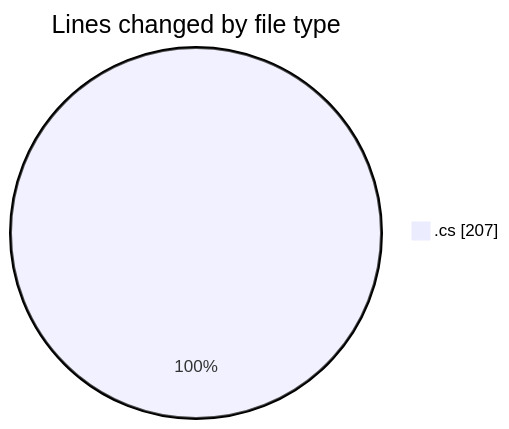
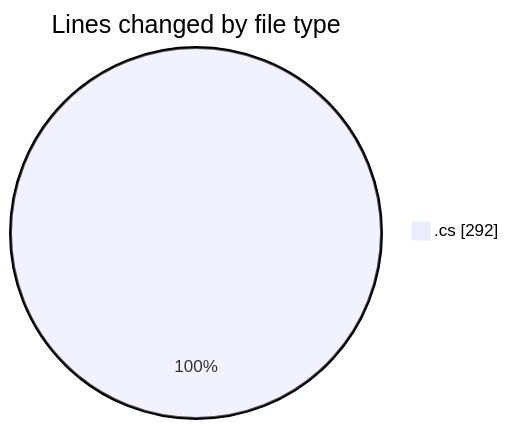
Before and after one commit to Netris89/code-tracking: the first of 2 diagrams in 2025-04-27/back-end/README.md, drawn with Mermaid. The commit also changed other lines of this file and 1 other file, not shown here.

````diff
--- a/2025-04-27/back-end/README.md
+++ b/2025-04-27/back-end/README.md
@@ -20,5 +21,5 @@
 ```mermaid
 pie showData
 title Lines changed by file type
-".cs" : 207
+".cs" : 292
 ```
````
